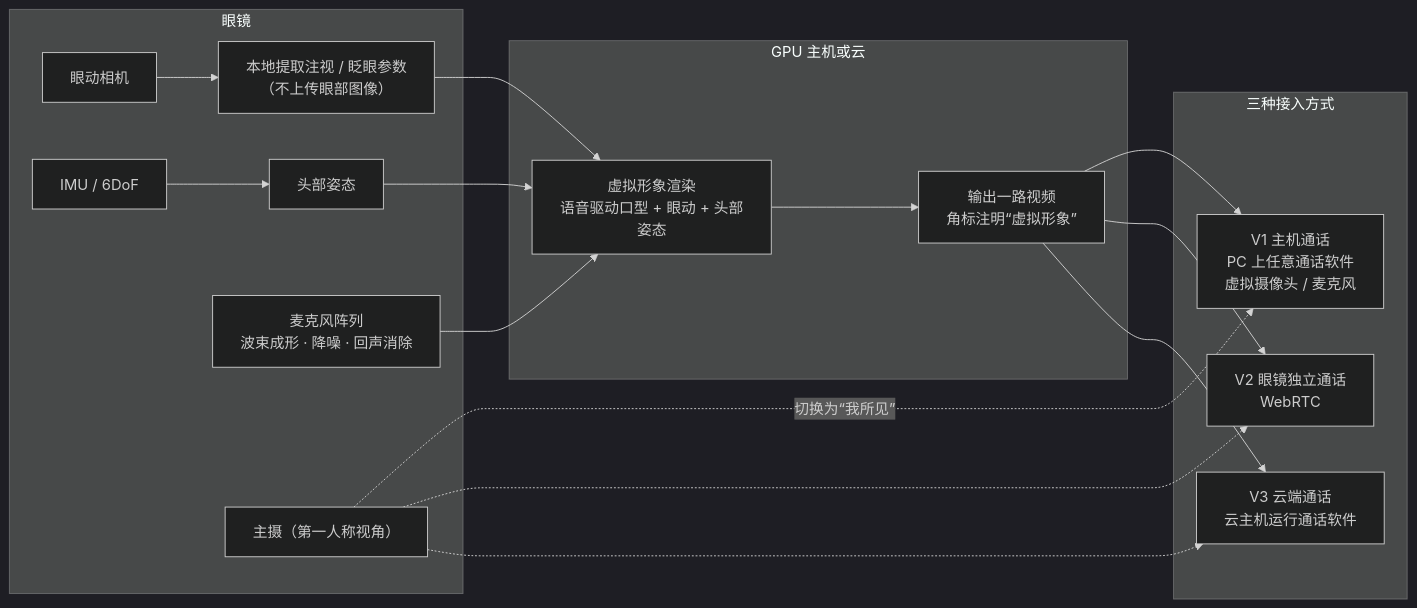
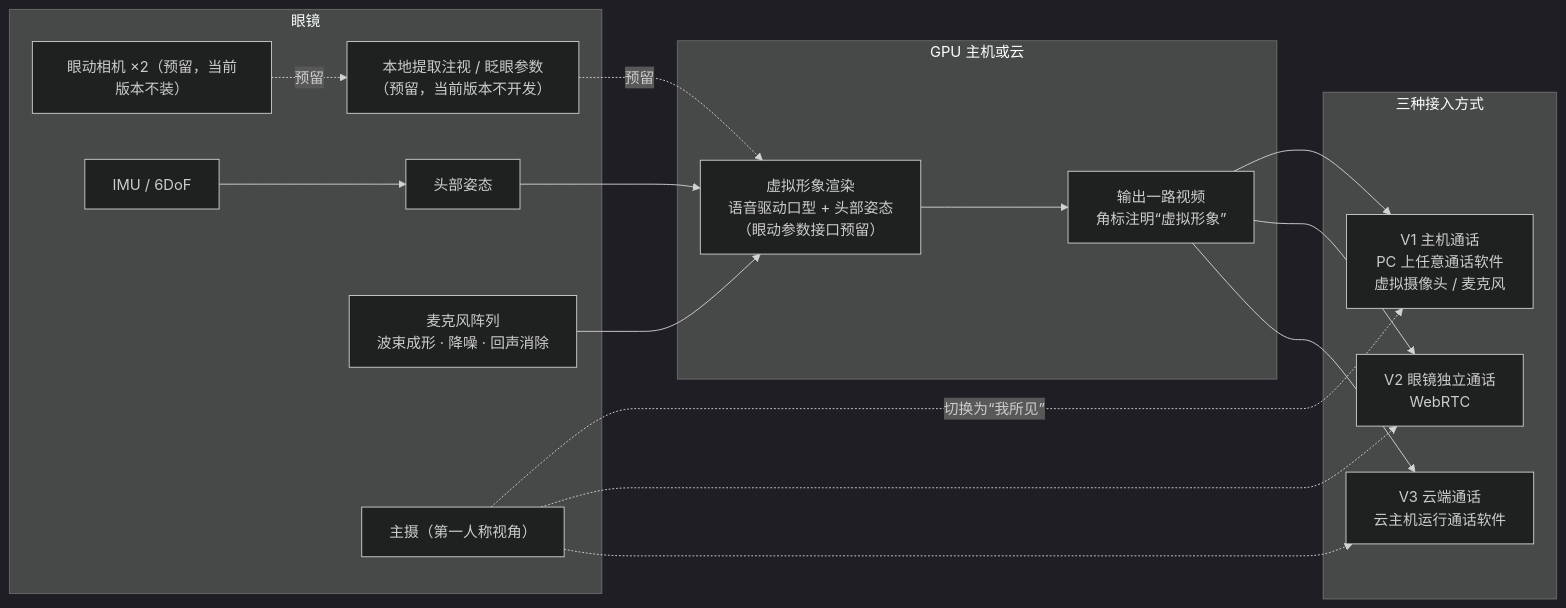
Before and after one commit to jodancain/independent-cellular-ai-glasses: the eighth of 9 diagrams in docs/system-architecture.md, drawn with Mermaid (dark theme). The commit also changed other lines of this file and 10 other files, not shown here.

````diff
--- a/docs/system-architecture.md
+++ b/docs/system-architecture.md
@@ -317,28 +317,28 @@
 ```mermaid
 flowchart LR
   subgraph GL["眼镜"]
-    E1["眼动相机"] --> E2["本地提取注视 / 眨眼参数<br/>（不上传眼部图像）"]
+    E1["眼动相机 ×2（预留，当前版本不装）"] -. "预留" .-> E2["本地提取注视 / 眨眼参数<br/>（预留，当前版本不开发）"]
     E3["IMU / 6DoF"] --> E4["头部姿态"]
     E5["麦克风阵列<br/>波束成形 · 降噪 · 回声消除"]
     E6["主摄（第一人称视角）"]
   end
   subgraph RENDER["GPU 主机或云"]
-    R1["虚拟形象渲染<br/>语音驱动口型 + 眼动 + 头部姿态"]
+    R1["虚拟形象渲染<br/>语音驱动口型 + 头部姿态<br/>（眼动参数接口预留）"]
     R2["输出一路视频<br/>角标注明“虚拟形象”"]
   end
   subgraph PATHS["三种接入方式"]
     V1["V1 主机通话<br/>PC 上任意通话软件<br/>虚拟摄像头 / 麦克风"]
     V2["V2 眼镜独立通话<br/>WebRTC"]
     V3["V3 云端通话<br/>云主机运行通话软件"]
   end
-  E2 --> R1
+  E2 -. "预留" .-> R1
   E4 --> R1
   E5 --> R1
   R1 --> R2
   R2 --> V1
   R2 --> V2
   R2 --> V3
   E6 -. 切换为“我所见” .-> V1
   E6 -.-> V2
   E6 -.-> V3
 ```
````
